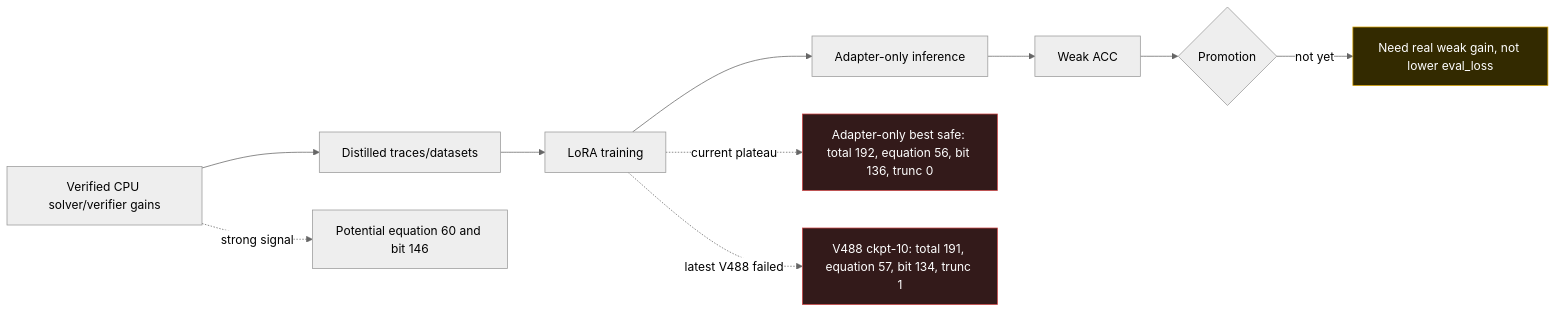
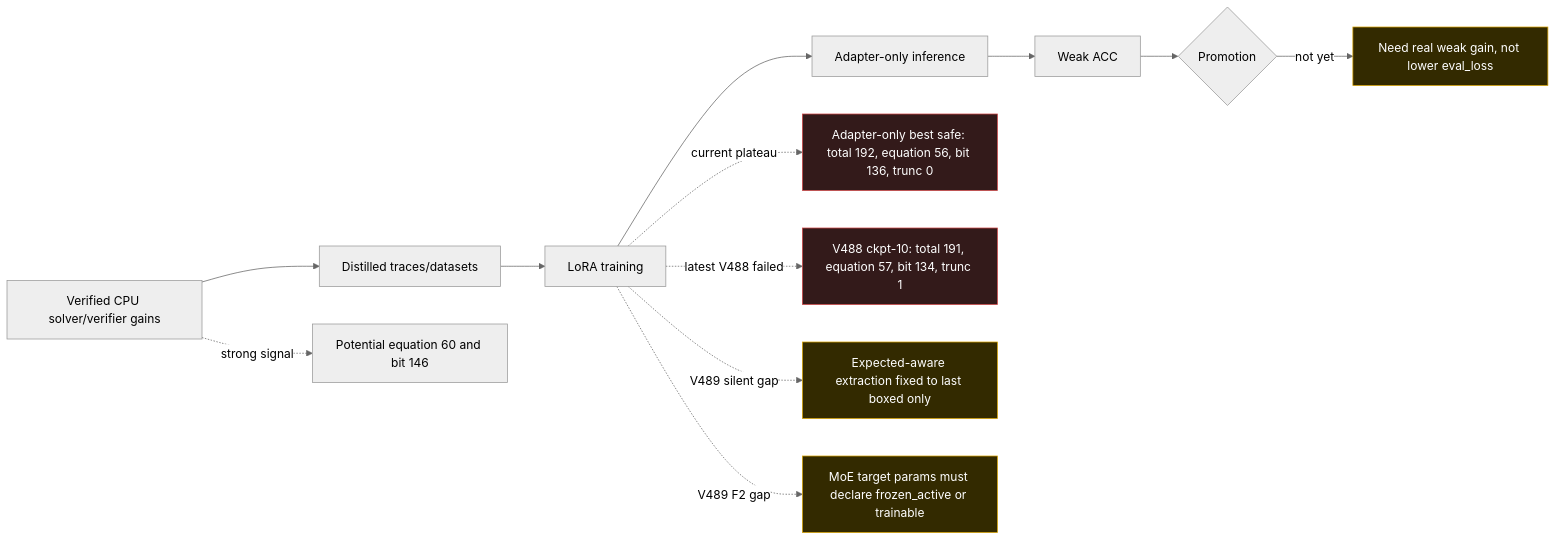
Before and after one commit to FELIPEACASTRO/KG1-NVIDIA: the fourth of 4 diagrams in artifacts/roadmaps/KG1_SOLUTION_ARCHITECTURE_MERMAID_2026_05_16.md, drawn with Mermaid (neutral theme). The commit also changed other lines of this file and 14 other files, not shown here.

````diff
--- a/artifacts/roadmaps/KG1_SOLUTION_ARCHITECTURE_MERMAID_2026_05_16.md
+++ b/artifacts/roadmaps/KG1_SOLUTION_ARCHITECTURE_MERMAID_2026_05_16.md
@@ -164,17 +190,21 @@
 ```mermaid
 flowchart LR
   A[Verified CPU solver/verifier gains] --> B[Distilled traces/datasets]
   B --> C[LoRA training]
   C --> D[Adapter-only inference]
   D --> E[Weak ACC]
 
   A -. strong signal .-> A1[Potential equation 60 and bit 146]
   C -. current plateau .-> C1[Adapter-only best safe: total 192, equation 56, bit 136, trunc 0]
   C -. latest V488 failed .-> C2[V488 ckpt-10: total 191, equation 57, bit 134, trunc 1]
+  C -. V489 silent gap .-> C3[Expected-aware extraction fixed to last boxed only]
+  C -. V489 F2 gap .-> C4[MoE target params must declare frozen_active or trainable]
   E --> P{Promotion}
   P -->|not yet| N[Need real weak gain, not lower eval_loss]
 
   style C1 fill:#331a1a,stroke:#cc4444,color:#ffffff
   style C2 fill:#331a1a,stroke:#cc4444,color:#ffffff
+  style C3 fill:#332a00,stroke:#d6a100,color:#ffffff
+  style C4 fill:#332a00,stroke:#d6a100,color:#ffffff
   style N fill:#332a00,stroke:#d6a100,color:#ffffff
 ```
````
